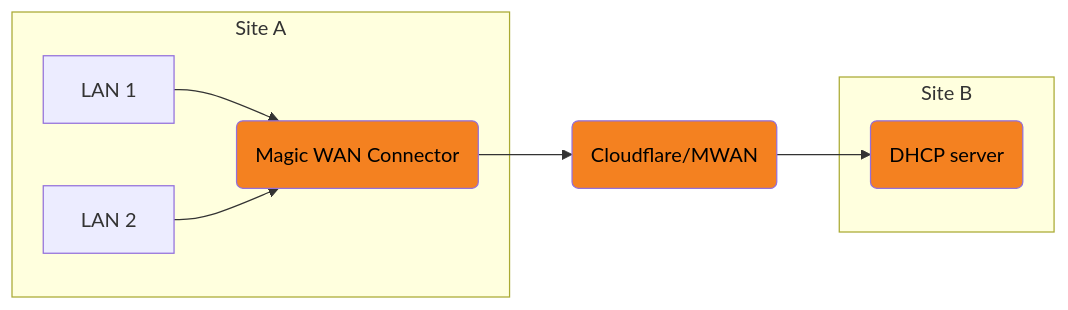
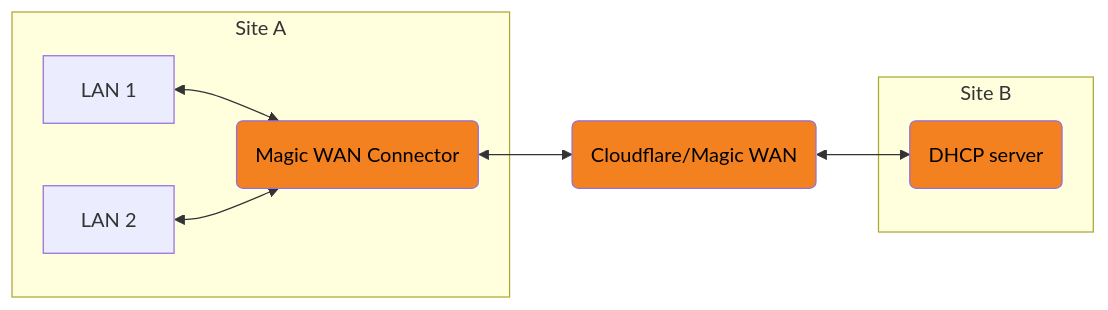
One commit to cloudflare/cloudflare-docs changed the diagram in src/content/docs/magic-wan/configuration/connector/network-options/dhcp/dhcp-relay.mdx. Above: the diagram before and after it, drawn with Mermaid.

Commit message:
refined graph

````diff
--- a/src/content/docs/magic-wan/configuration/connector/network-options/dhcp/dhcp-relay.mdx
+++ b/src/content/docs/magic-wan/configuration/connector/network-options/dhcp/dhcp-relay.mdx
@@ -10,16 +10,16 @@
 ```mermaid
 flowchart LR
 accTitle: An example of Connector in DHCP Relay mode
-    a(Magic WAN Connector) --> b(Cloudflare/MWAN) --> c(DHCP server)
+    a(Magic WAN Connector) <--> b(Cloudflare/Magic WAN) <--> c(DHCP server)
 
     subgraph Site A
-    d[LAN 1] --> a
-    e[LAN 2] --> a
+    d[LAN 1] <--> a
+    e[LAN 2] <--> a
     end
 
     subgraph Site B
     c
     end
     classDef orange fill:#f48120,color: black
     class a,b,c orange
 ```
````
